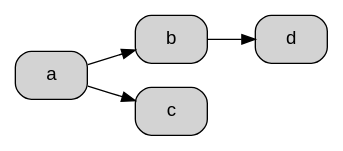
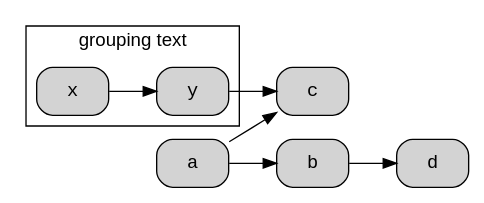
One commit to jpalardy/templates changed the diagram in graphviz/graph.dot. Above: the diagram before and after it, drawn with Graphviz.

Commit message:
Beef up graphviz template

```diff
--- a/graphviz/graph.dot
+++ b/graphviz/graph.dot
@@ -1,10 +1,17 @@
 
 digraph {
   rankdir=LR;
-  node [style="filled,rounded", shape=box, fontname=Arial, fontsize=14];
-  graph [overlap=false; splines=true];
+  node [style="filled,rounded", shape=box, fontname=Courier, fontsize=14];
+  graph [overlap=false; splines=true; fontname=Arial];
+  edge [fontname=Arial; fontsize=9];
+
+  subgraph cluster_ts {
+    label = "grouping text";
+    x -> y;
+  }
+  y -> c;
 
   a -> b;
   a -> c;
   b -> d;
 }
```
